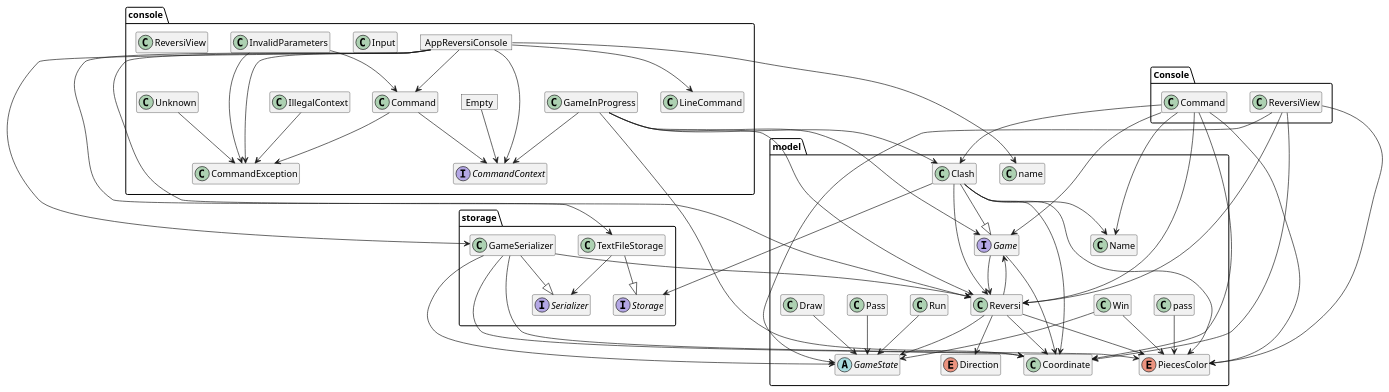
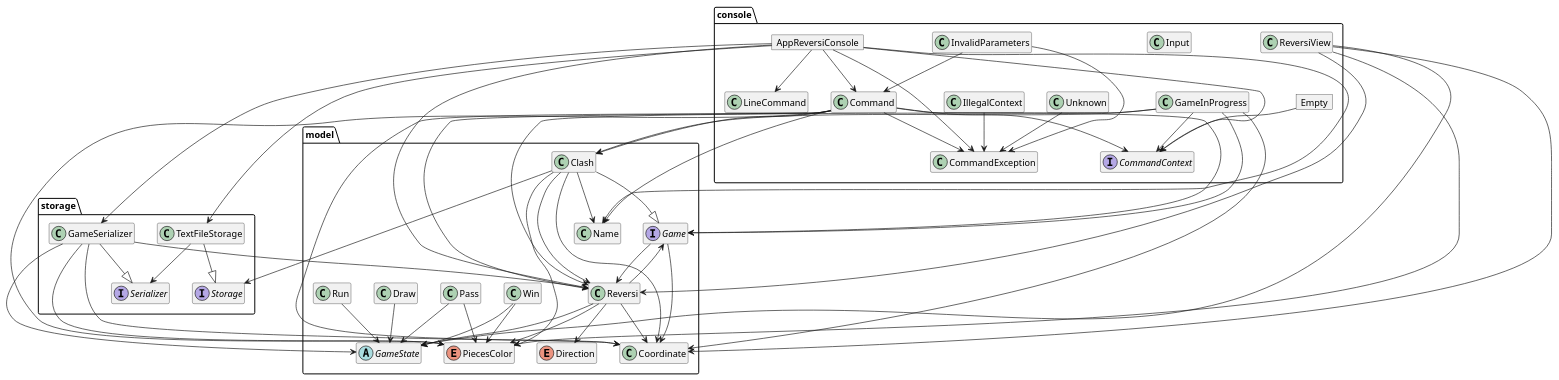
Before and after one commit to gbf96/Reversi_Game: the diagram in docs/diagrams/ModelTypes.puml, drawn with PlantUML.

Commit message:
Diagrams fixed.

```diff
--- a/docs/diagrams/ModelTypes.puml
+++ b/docs/diagrams/ModelTypes.puml
@@ -1,108 +1,108 @@
 @startuml
 
 ' https://plantuml.com/class-diagram
 
 hide empty members
 
 package console {
     object AppReversiConsole
     class Command
     interface CommandContext
     class CommandException
     object Empty
     class GameInProgress
     class IllegalContext
     class Input
     class InvalidParameters
     class LineCommand
     class Unknown
     class ReversiView
 
     AppReversiConsole --> Command
     AppReversiConsole --> LineCommand
     AppReversiConsole --> CommandContext
     AppReversiConsole --> CommandException
     Empty --> CommandContext
     GameInProgress --> CommandContext
     IllegalContext --> CommandException
     InvalidParameters --> CommandException
     InvalidParameters --> Command
     Unknown --> CommandException
     Command --> CommandContext
     Command --> CommandException
 }
 
 package model {
     interface Game
     class Reversi
     class Clash
     class Coordinate
     enum Direction
     class Name
     enum PiecesColor
     abstract class GameState
     class Win
     class Draw
     class Run
     class Pass
 
     Clash --> Coordinate
     Clash --|> Game
     Clash --> Name
     Clash --> PiecesColor
     Clash --> Reversi
     Game --> Coordinate
     Game --> Reversi
     Draw --> GameState
     Pass --> GameState
     Run --> GameState
     Win --> GameState
     Reversi --> Coordinate
     Reversi --> Direction
     Reversi --> Game
     Reversi --> GameState
     Reversi --> PiecesColor
 
 }
 
 package storage {
     interface Storage
     interface Serializer
     class TextFileStorage
     class GameSerializer
 
     TextFileStorage --|> Storage
     GameSerializer --|> Serializer
     TextFileStorage --> Serializer
 }
 
-console.AppReversiConsole --> model.name
-console.AppReversiConsole --> model.Reversi
-console.AppReversiConsole --> storage.GameSerializer
-console.AppReversiConsole --> storage.TextFileStorage
-console.GameInProgress --> model.Clash
-console.GameInProgress --> model.Coordinate
-console.GameInProgress --> model.Game
-console.GameInProgress --> model.Reversi
-Console.Command --> model.Clash
-Console.Command --> model.Coordinate
-Console.Command --> model.Game
-Console.Command --> model.Name
-Console.Command --> model.PiecesColor
-Console.Command --> model.Reversi
-Console.ReversiView --> model.Coordinate
-Console.ReversiView --> model.GameState
-Console.ReversiView --> model.PiecesColor
-Console.ReversiView --> model.Reversi
+AppReversiConsole --> Name
+AppReversiConsole --> Reversi
+AppReversiConsole --> GameSerializer
+AppReversiConsole --> TextFileStorage
+GameInProgress --> Clash
+GameInProgress --> Coordinate
+GameInProgress --> Game
+GameInProgress --> Reversi
+Command --> Clash
+Command --> Coordinate
+Command --> Game
+Command --> Name
+Command --> PiecesColor
+Command --> Reversi
+ReversiView --> Coordinate
+ReversiView --> GameState
+ReversiView --> PiecesColor
+ReversiView --> Reversi
 
 
-model.Clash --> storage.Storage
-model.Win --> model.PiecesColor
-model.pass --> model.PiecesColor
+Clash --> Storage
+Win --> PiecesColor
+Pass --> PiecesColor
 
-storage.GameSerializer --> model.Coordinate
-storage.GameSerializer --> model.GameState
-storage.GameSerializer --> model.PiecesColor
-storage.GameSerializer --> model.Reversi
+GameSerializer --> Coordinate
+GameSerializer --> GameState
+GameSerializer --> PiecesColor
+GameSerializer --> Reversi
 
 @enduml
```
